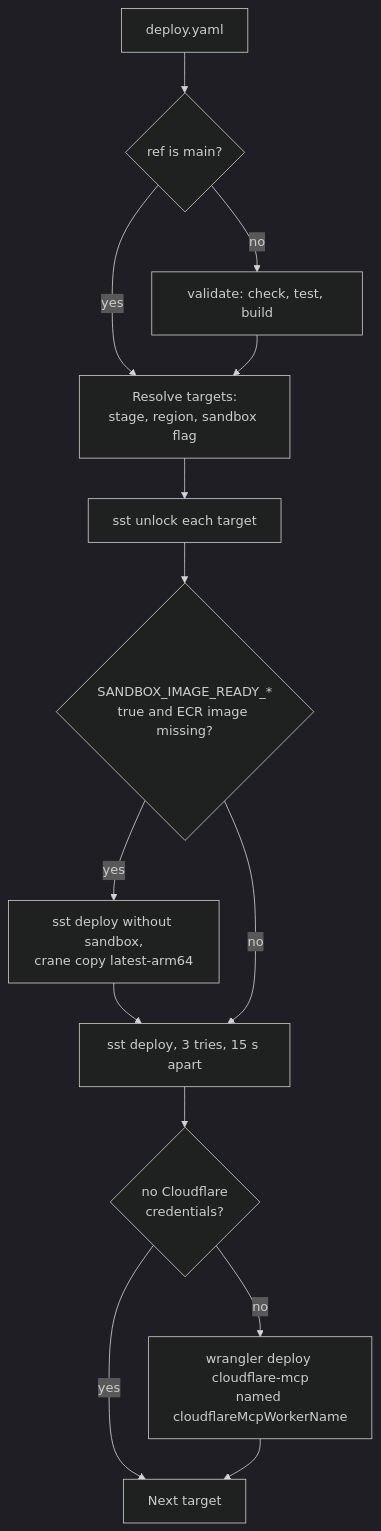
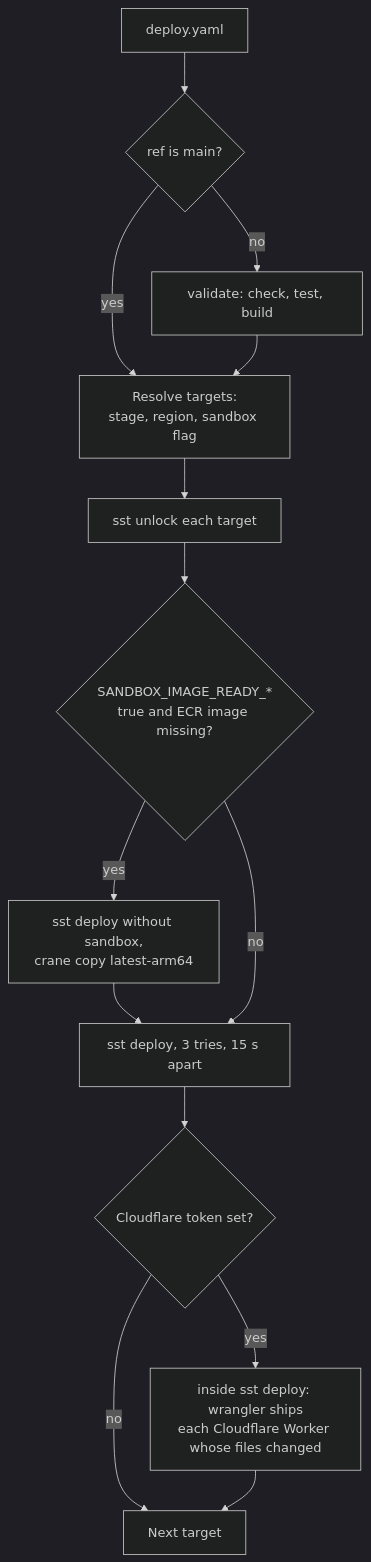
Before and after one commit to beeblastco/broods: the fourth of 5 diagrams in apps/docs/docs/internals/ci-cd.md, drawn with Mermaid (dark theme). The commit also changed other lines of this file and 13 other files, not shown here.

First line of the commit message:
feat(core): ship the Cloudflare Workers from sst deploy

````diff
--- a/apps/docs/docs/internals/ci-cd.md
+++ b/apps/docs/docs/internals/ci-cd.md
@@ -112,16 +112,16 @@
 ```mermaid
 flowchart TD
   A["deploy.yaml"] --> B{"ref is main?"}
   B -->|no| V["validate: check, test, build"]
   B -->|yes| T
   V --> T["Resolve targets:<br/>stage, region, sandbox flag"]
   T --> L["sst unlock each target"]
   L --> S{"SANDBOX_IMAGE_READY_*<br/>true and ECR image missing?"}
   S -->|yes| S1["sst deploy without sandbox,<br/>crane copy latest-arm64"]
   S1 --> D
   S -->|no| D["sst deploy, 3 tries, 15 s apart"]
-  D --> W{"no Cloudflare<br/>credentials?"}
-  W -->|yes| Done[Next target]
-  W -->|no| M["wrangler deploy cloudflare-mcp<br/>named cloudflareMcpWorkerName"]
+  D --> W{"Cloudflare token set?"}
+  W -->|no| Done[Next target]
+  W -->|yes| M["inside sst deploy: wrangler ships<br/>each Cloudflare Worker whose files changed"]
   M --> Done
 ```
````
